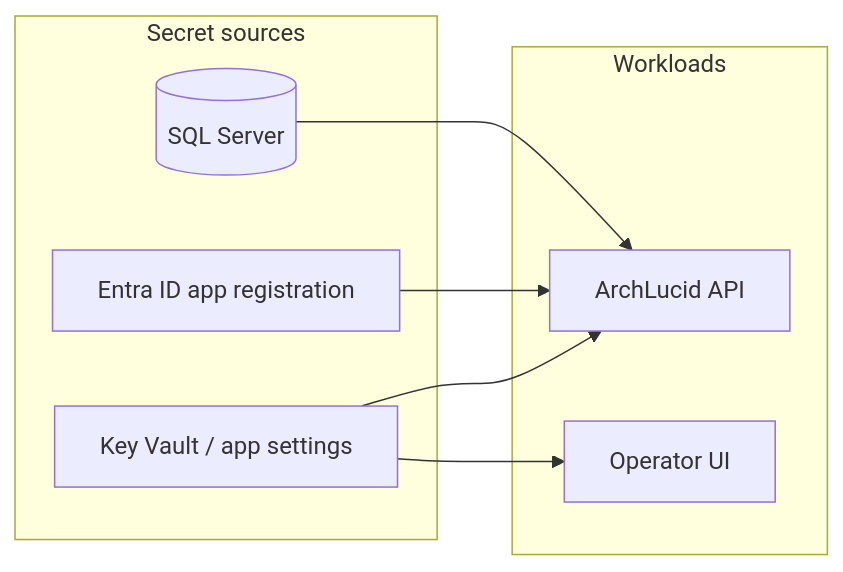
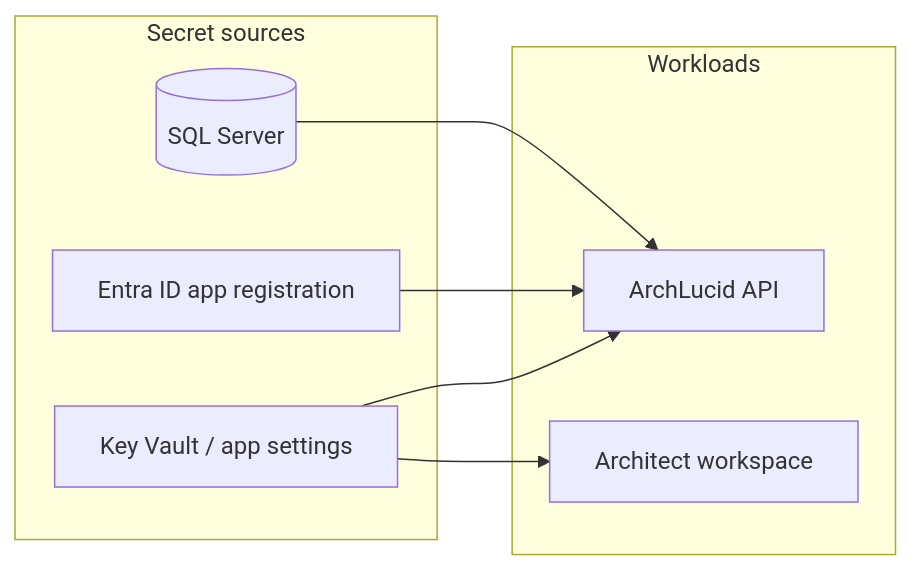
The diagram in docs/runbooks/SECRET_AND_CERT_ROTATION.md (joefrancisGA/ArchLucid), drawn with Mermaid before and after one commit. The commit also changed 11 other files, not shown here.

Commit message:
Align Batch 30 runbooks and architecture docs with Architect workspace and Finalize language.

````diff
--- a/docs/runbooks/SECRET_AND_CERT_ROTATION.md
+++ b/docs/runbooks/SECRET_AND_CERT_ROTATION.md
@@ -27,16 +27,16 @@
 ```mermaid
 flowchart LR
   subgraph sources [Secret sources]
     KV[Key Vault / app settings]
     SQL[(SQL Server)]
     Entra[Entra ID app registration]
   end
   subgraph apps [Workloads]
     API[ArchLucid API]
-    UI[Operator UI]
+    UI[Architect workspace]
   end
   KV --> API
   KV --> UI
   Entra --> API
   SQL --> API
 ```
````
